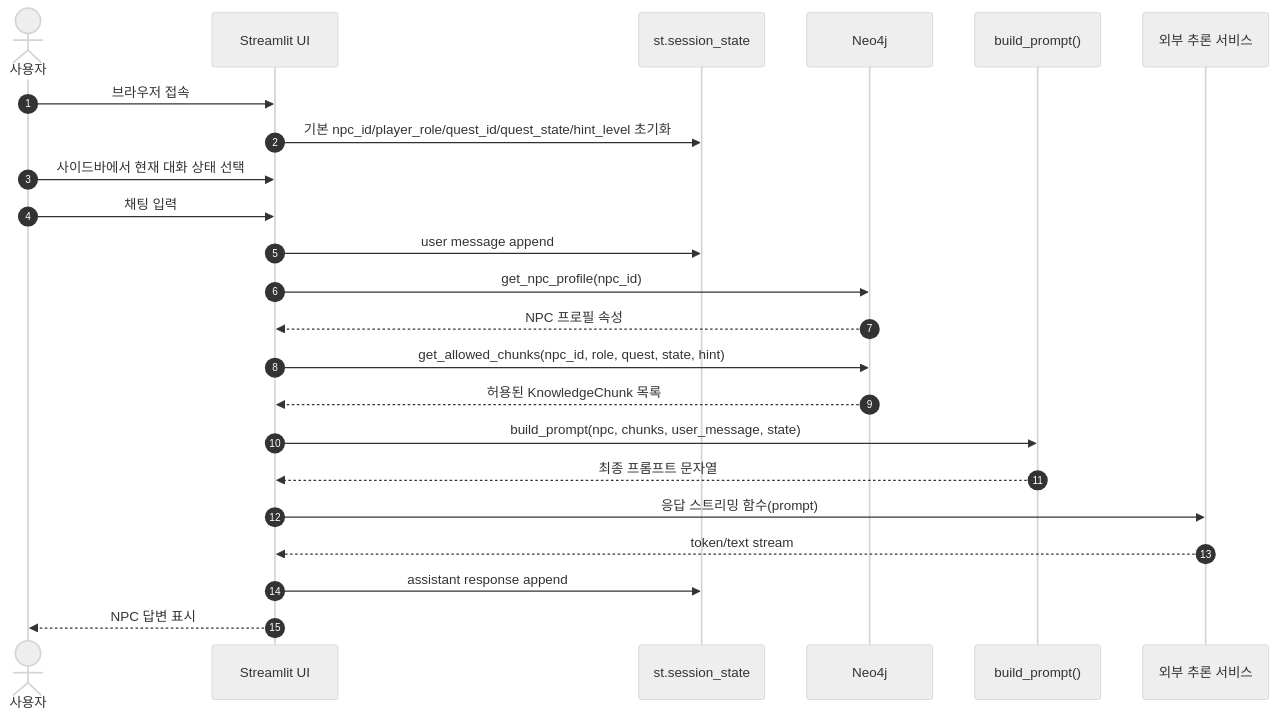
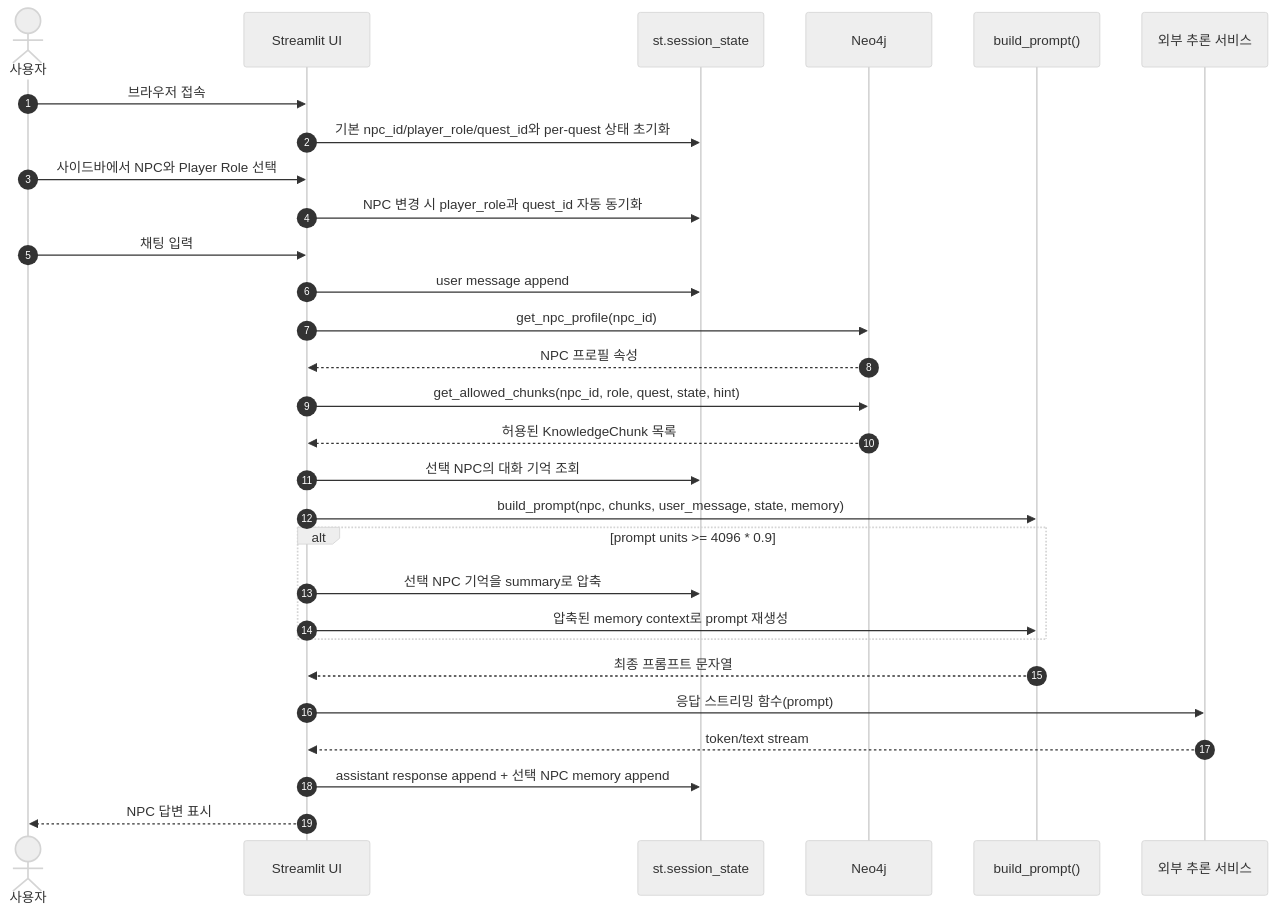
Before and after one commit to HRDI0/npc_persona: the ninth of 21 diagrams in docs/system_architecture.md, drawn with Mermaid (neutral theme). The commit also changed other lines of this file and 13 other files, not shown here.

````diff
--- a/docs/system_architecture.md
+++ b/docs/system_architecture.md
@@ -440,26 +458,32 @@
 ```mermaid
 sequenceDiagram
     autonumber
     actor User as 사용자
     participant UI as Streamlit UI
     participant State as st.session_state
     participant Neo4j as Neo4j
     participant Prompt as build_prompt()
     participant Infer as 외부 추론 서비스
 
     User->>UI: 브라우저 접속
-    UI->>State: 기본 npc_id/player_role/quest_id/quest_state/hint_level 초기화
-    User->>UI: 사이드바에서 현재 대화 상태 선택
+    UI->>State: 기본 npc_id/player_role/quest_id와 per-quest 상태 초기화
+    User->>UI: 사이드바에서 NPC와 Player Role 선택
+    UI->>State: NPC 변경 시 player_role과 quest_id 자동 동기화
     User->>UI: 채팅 입력
     UI->>State: user message append
     UI->>Neo4j: get_npc_profile(npc_id)
     Neo4j-->>UI: NPC 프로필 속성
     UI->>Neo4j: get_allowed_chunks(npc_id, role, quest, state, hint)
     Neo4j-->>UI: 허용된 KnowledgeChunk 목록
-    UI->>Prompt: build_prompt(npc, chunks, user_message, state)
+    UI->>State: 선택 NPC의 대화 기억 조회
+    UI->>Prompt: build_prompt(npc, chunks, user_message, state, memory)
+    alt prompt units >= 4096 * 0.9
+        UI->>State: 선택 NPC 기억을 summary로 압축
+        UI->>Prompt: 압축된 memory context로 prompt 재생성
+    end
     Prompt-->>UI: 최종 프롬프트 문자열
     UI->>Infer: 응답 스트리밍 함수(prompt)
     Infer-->>UI: token/text stream
-    UI->>State: assistant response append
+    UI->>State: assistant response append + 선택 NPC memory append
     UI-->>User: NPC 답변 표시
 ```
````
